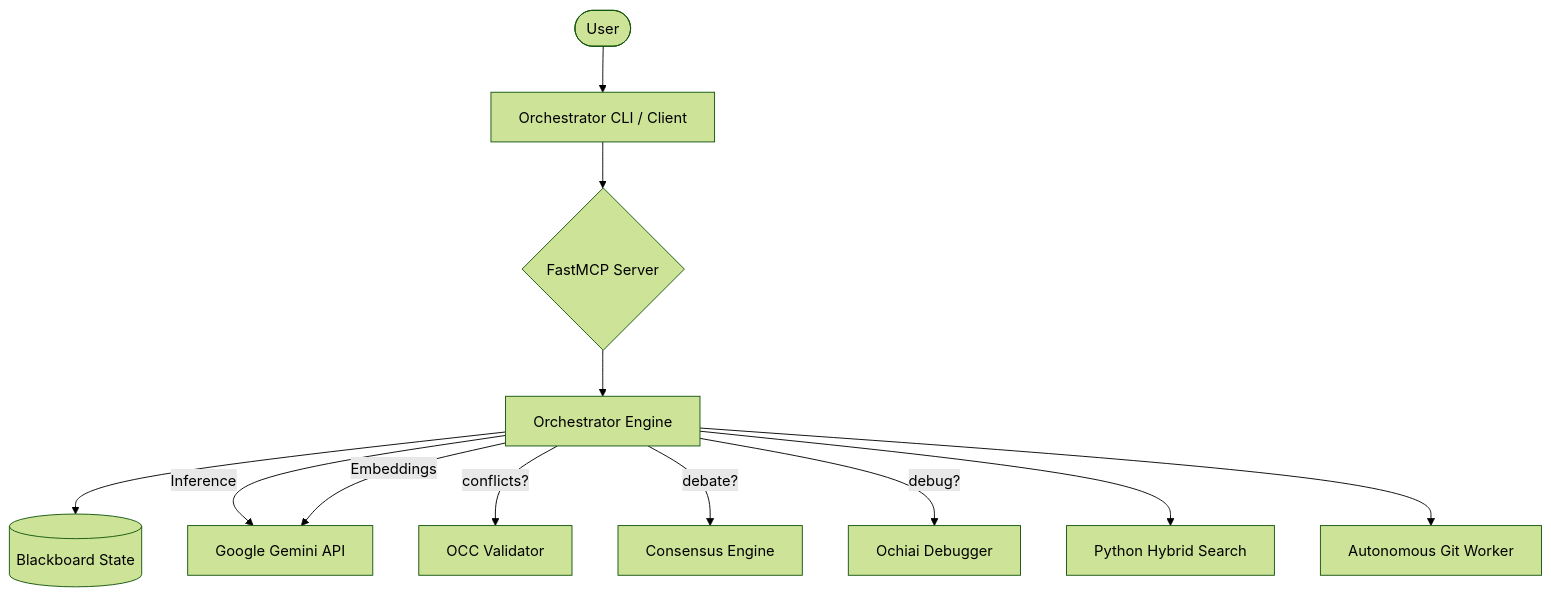
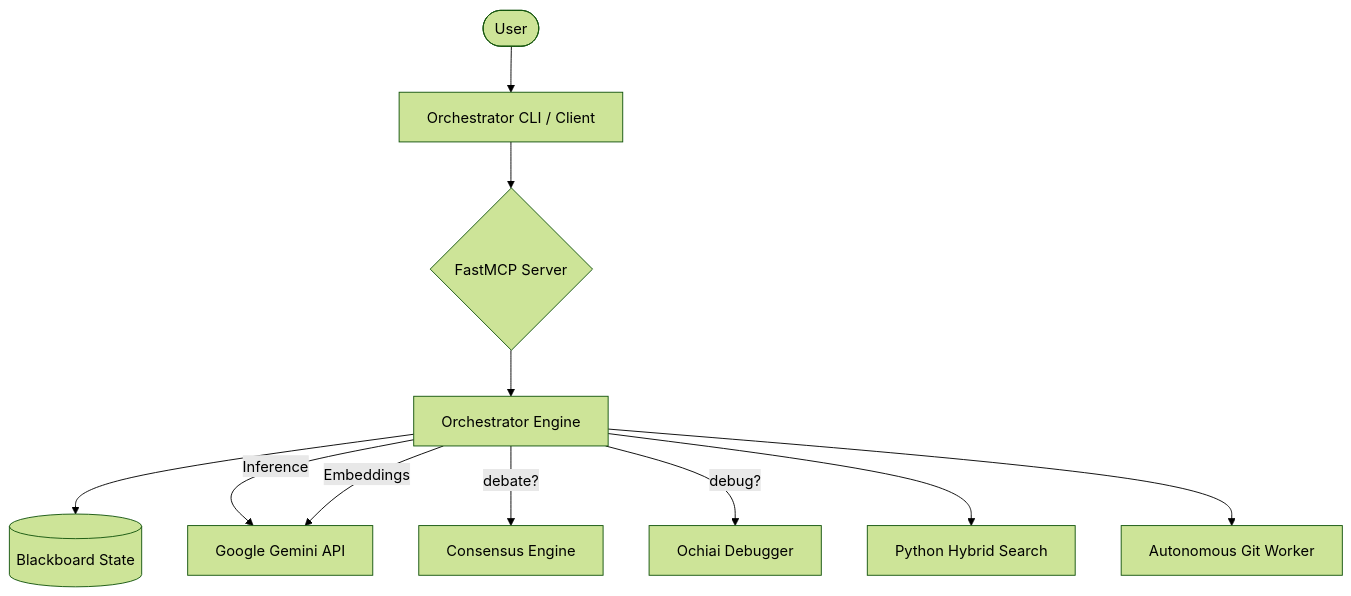
Before and after one commit to Of-Arte/swarm-orchestrator-mcp: the diagram in ARCHITECTURE.md, drawn with Mermaid (forest theme). The commit also changed other lines of this file and 37 other files, not shown here.

Commit message:
feat: Introduce Swarm v3.2 core components, AI skills, memory management, task schemas, and comprehensive documentation.

````diff
--- a/ARCHITECTURE.md
+++ b/ARCHITECTURE.md
@@ -7,22 +7,22 @@
 ```mermaid
 graph TD
     User([User]) --> CLI[Orchestrator CLI / Client]
     CLI --> FastMCP{FastMCP Server}
     
     %% Core Logic
     FastMCP --> Orchestrator[Orchestrator Engine]
     Orchestrator --> Blackboard[(Blackboard State)]
     
     %% Gemini Integration
     Orchestrator -- Inference --> Gemini[Google Gemini API]
     Orchestrator -- Embeddings --> Gemini
     
     %% v3.0 Algorithmic Workers (Lazy Loaded)
-    Orchestrator -- conflicts? --> OCC[OCC Validator]
+
     Orchestrator -- debate? --> Consensus[Consensus Engine]
     Orchestrator -- debug? --> SBFL[Ochiai Debugger]
     
     %% Local Tools
     Orchestrator --> Search[Python Hybrid Search]
     Orchestrator --> Git[Autonomous Git Worker]
 ```
````
